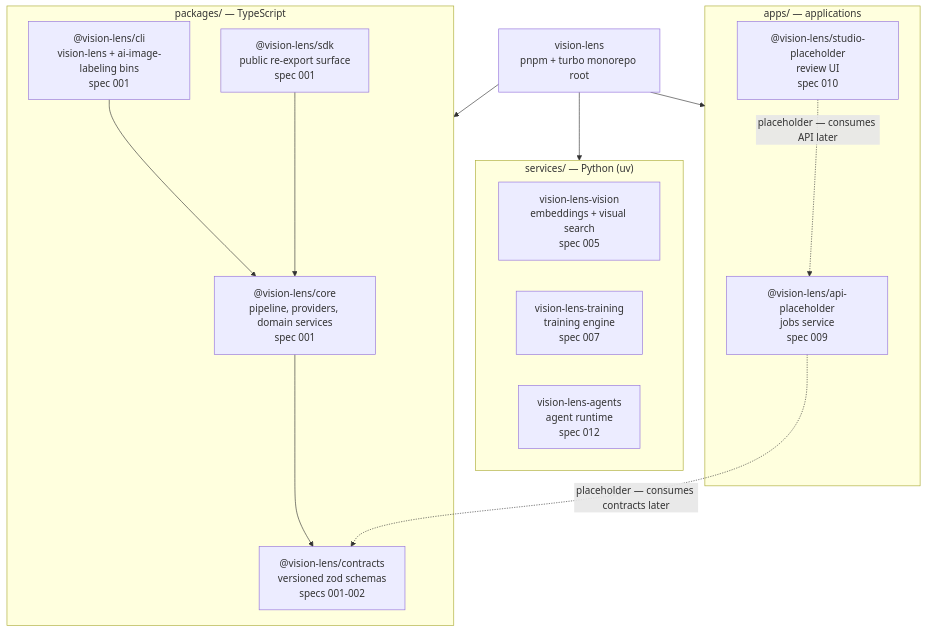
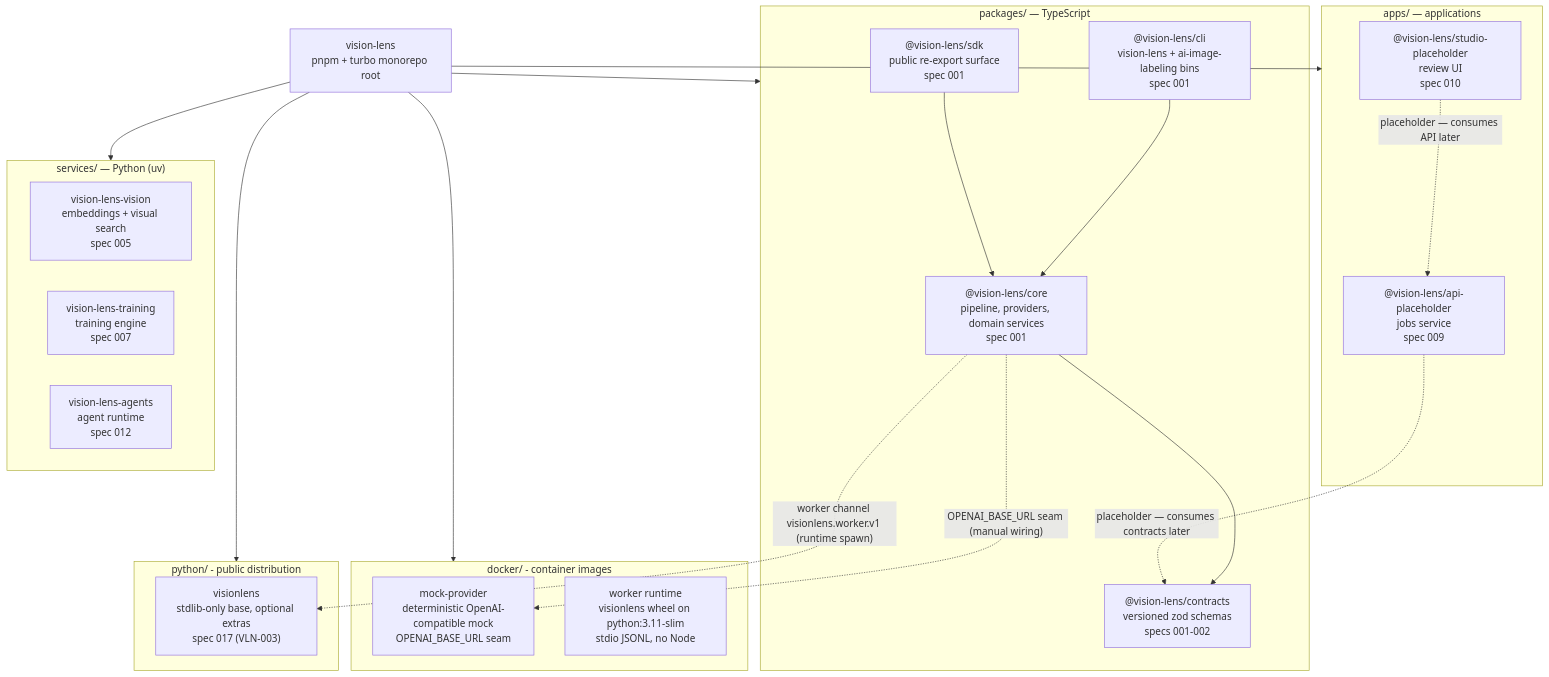
One commit to erikunha/LAIbemage changed the diagram in docs/architecture/monorepo-map.md. Above: the diagram before and after it, drawn with Mermaid. The commit also changed other lines of this file and 1 other file, not shown here.

Commit message:
docs: describe the python distribution and container images

````diff
--- a/docs/architecture/monorepo-map.md
+++ b/docs/architecture/monorepo-map.md
@@ -25,32 +29,45 @@
 ```mermaid
 flowchart TD
     ROOT["vision-lens<br/>pnpm + turbo monorepo root"]
 
     subgraph PKGS["packages/ — TypeScript"]
         CORE["@vision-lens/core<br/>pipeline, providers, domain services<br/>spec 001"]
         CLI["@vision-lens/cli<br/>vision-lens + ai-image-labeling bins<br/>spec 001"]
         SDK["@vision-lens/sdk<br/>public re-export surface<br/>spec 001"]
         CONTRACTS["@vision-lens/contracts<br/>versioned zod schemas<br/>specs 001-002"]
     end
 
     subgraph APPS["apps/ — applications"]
         API["@vision-lens/api-placeholder<br/>jobs service<br/>spec 009"]
         STUDIO["@vision-lens/studio-placeholder<br/>review UI<br/>spec 010"]
     end
 
     subgraph SVCS["services/ — Python (uv)"]
         VISION["vision-lens-vision<br/>embeddings + visual search<br/>spec 005"]
         TRAINING["vision-lens-training<br/>training engine<br/>spec 007"]
         AGENTS["vision-lens-agents<br/>agent runtime<br/>spec 012"]
     end
 
+    subgraph PYPKG["python/ - public distribution"]
+        VISIONLENS["visionlens<br/>stdlib-only base, optional extras<br/>spec 017 (VLN-003)"]
+    end
+
+    subgraph DOCKERDIR["docker/ - container images"]
+        MOCK["mock-provider<br/>deterministic OpenAI-compatible mock<br/>OPENAI_BASE_URL seam"]
+        RUNTIME["worker runtime<br/>visionlens wheel on python:3.11-slim<br/>stdio JSONL, no Node"]
+    end
+
     ROOT --> PKGS
     ROOT --> APPS
     ROOT --> SVCS
+    ROOT --> PYPKG
+    ROOT --> DOCKERDIR
 
     CORE --> CONTRACTS
     CLI --> CORE
     SDK --> CORE
     API -.->|"placeholder — consumes contracts later"| CONTRACTS
     STUDIO -.->|"placeholder — consumes API later"| API
+    CORE -.->|"worker channel visionlens.worker.v1 (runtime spawn)"| VISIONLENS
+    CORE -.->|"OPENAI_BASE_URL seam (manual wiring)"| MOCK
 ```
````
